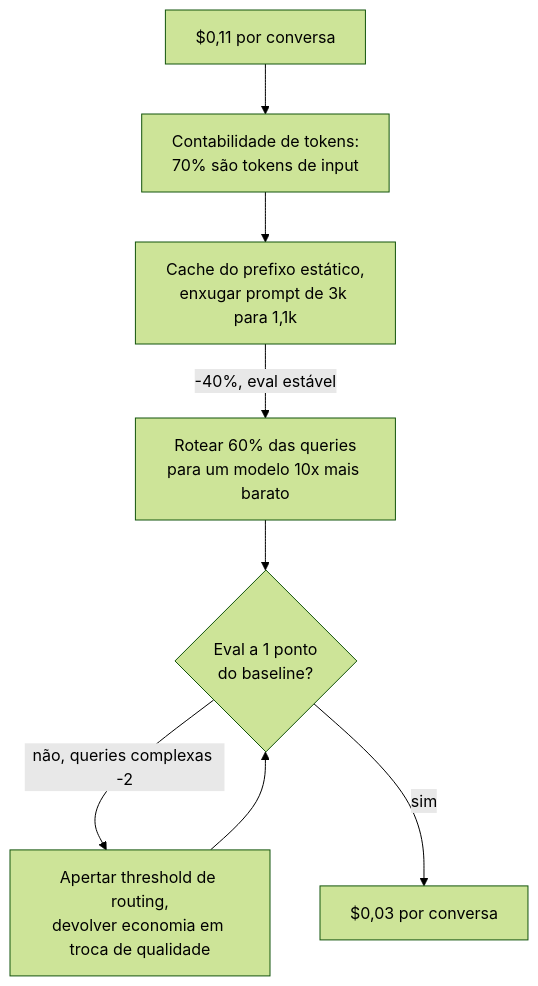
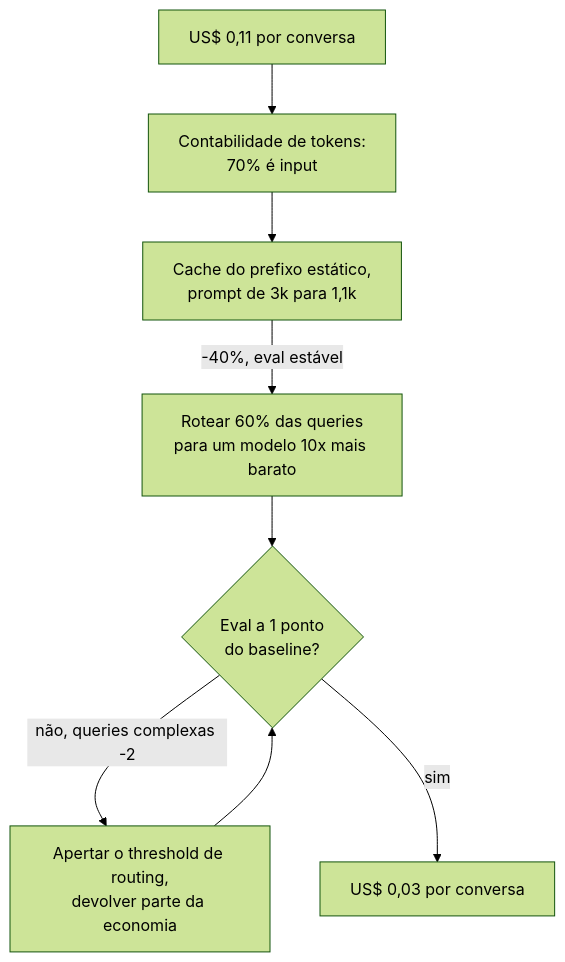
The fourth of 13 diagrams in 13-interview-process-and-behavioral/questions.pt-BR.md (andrevberaldo/AI-Engineer-Interview-Questions), drawn with Mermaid (forest theme) before and after one commit. The commit also changed other lines of this file and 1 other file, not shown here.

````diff
--- a/13-interview-process-and-behavioral/questions.pt-BR.md
+++ b/13-interview-process-and-behavioral/questions.pt-BR.md
@@ -326,10 +326,10 @@
 ```mermaid
 flowchart TD
-    A["$0,11 por conversa"] --> B["Contabilidade de tokens:<br/>70% são tokens de input"]
-    B --> C["Cache do prefixo estático,<br/>enxugar prompt de 3k para 1,1k"]
+    A["US$ 0,11 por conversa"] --> B["Contabilidade de tokens:<br/>70% é input"]
+    B --> C["Cache do prefixo estático,<br/>prompt de 3k para 1,1k"]
     C -->|"-40%, eval estável"| D["Rotear 60% das queries<br/>para um modelo 10x mais barato"]
     D --> E{"Eval a 1 ponto<br/>do baseline?"}
-    E -->|"não, queries complexas -2"| F["Apertar threshold de routing,<br/>devolver economia em troca de qualidade"]
+    E -->|"não, queries complexas -2"| F["Apertar o threshold de routing,<br/>devolver parte da economia"]
     F --> E
-    E -->|"sim"| G["$0,03 por conversa"]
+    E -->|"sim"| G["US$ 0,03 por conversa"]
 ```
````
